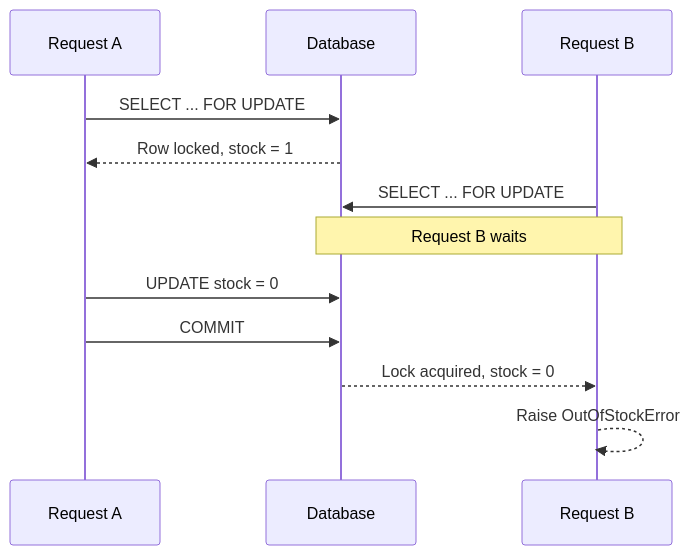
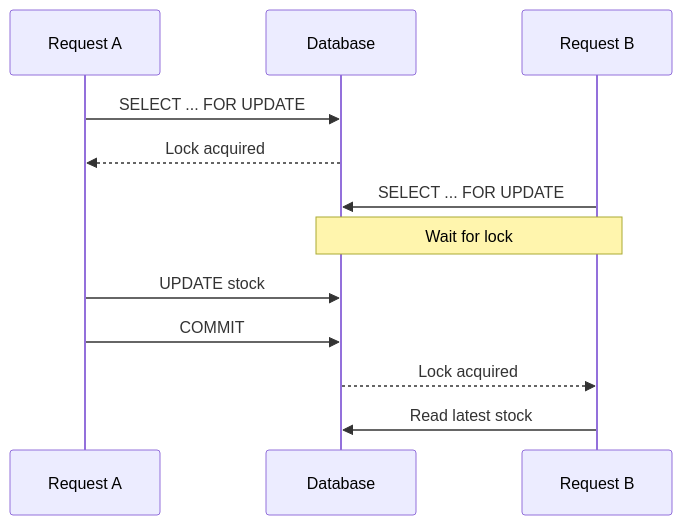
One commit to AvadhBhalodiya/Interview-Preparation changed the third of 8 diagrams in src/content/django/transactions-atomic.md. Above: the diagram before and after it, drawn with Mermaid. The commit also changed other lines of this file and 80 other files, not shown here.

````diff
--- a/src/content/django/transactions-atomic.md
+++ b/src/content/django/transactions-atomic.md
@@ -714,15 +500,18 @@
 ```mermaid
 sequenceDiagram
     participant A as Request A
     participant DB as Database
     participant B as Request B
 
     A->>DB: SELECT ... FOR UPDATE
-    DB-->>A: Row locked, stock = 1
+    DB-->>A: Lock acquired
+
     B->>DB: SELECT ... FOR UPDATE
-    Note over B,DB: Request B waits
-    A->>DB: UPDATE stock = 0
+    Note over B,DB: Wait for lock
+
+    A->>DB: UPDATE stock
     A->>DB: COMMIT
-    DB-->>B: Lock acquired, stock = 0
-    B-->>B: Raise OutOfStockError
+
+    DB-->>B: Lock acquired
+    B->>DB: Read latest stock
 ```
````
